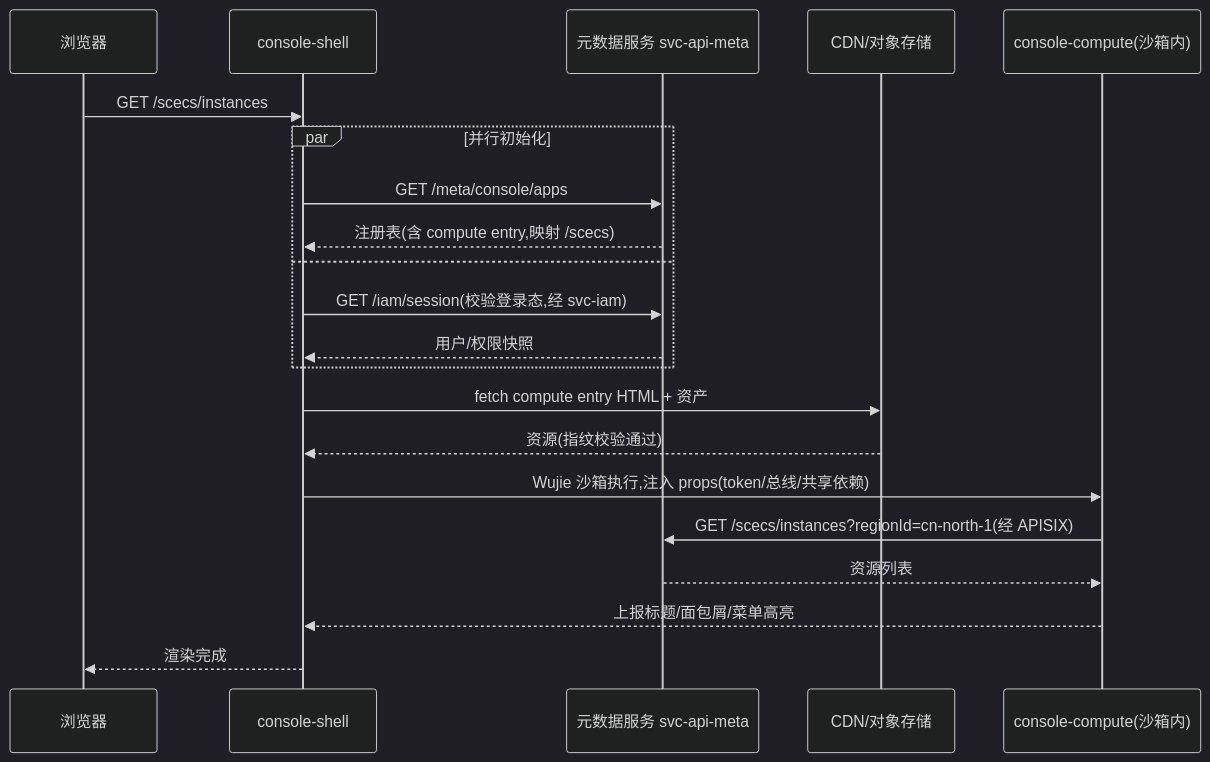
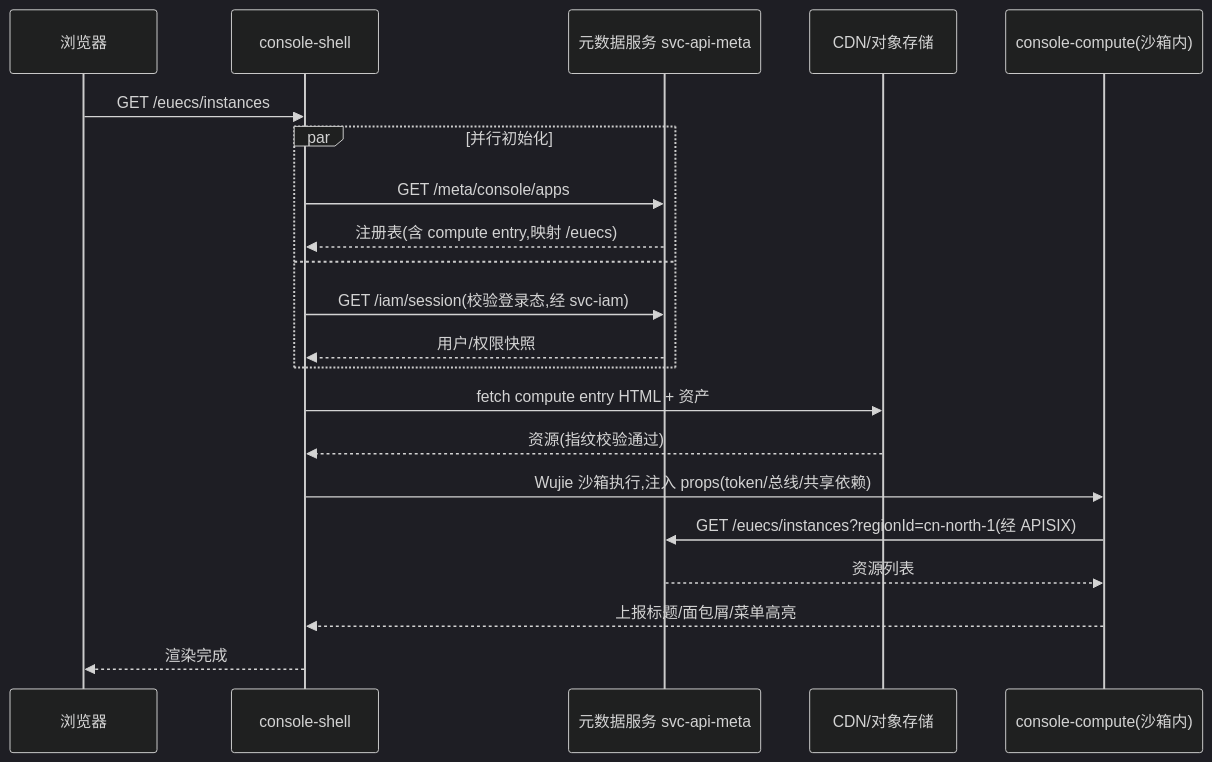
Before and after one commit to qifalab/euler-platform: the third of 6 diagrams in docs/architecture/02-frontend-architecture.md, drawn with Mermaid (dark theme). The commit also changed other lines of this file and 505 other files, not shown here.

````diff
--- a/docs/architecture/02-frontend-architecture.md
+++ b/docs/architecture/02-frontend-architecture.md
@@ -386,24 +386,24 @@
 ```mermaid
 sequenceDiagram
     participant U as 浏览器
     participant S as console-shell
     participant M as 元数据服务 svc-api-meta
     participant C as CDN/对象存储
     participant E as console-compute(沙箱内)
 
-    U->>S: GET /scecs/instances
+    U->>S: GET /euecs/instances
     par 并行初始化
         S->>M: GET /meta/console/apps
-        M-->>S: 注册表(含 compute entry,映射 /scecs)
+        M-->>S: 注册表(含 compute entry,映射 /euecs)
     and
         S->>M: GET /iam/session(校验登录态,经 svc-iam)
         M-->>S: 用户/权限快照
     end
     S->>C: fetch compute entry HTML + 资产
     C-->>S: 资源(指纹校验通过)
     S->>E: Wujie 沙箱执行,注入 props(token/总线/共享依赖)
-    E->>M: GET /scecs/instances?regionId=cn-north-1(经 APISIX)
+    E->>M: GET /euecs/instances?regionId=cn-north-1(经 APISIX)
     M-->>E: 资源列表
     E-->>S: 上报标题/面包屑/菜单高亮
     S-->>U: 渲染完成
 ```
````
